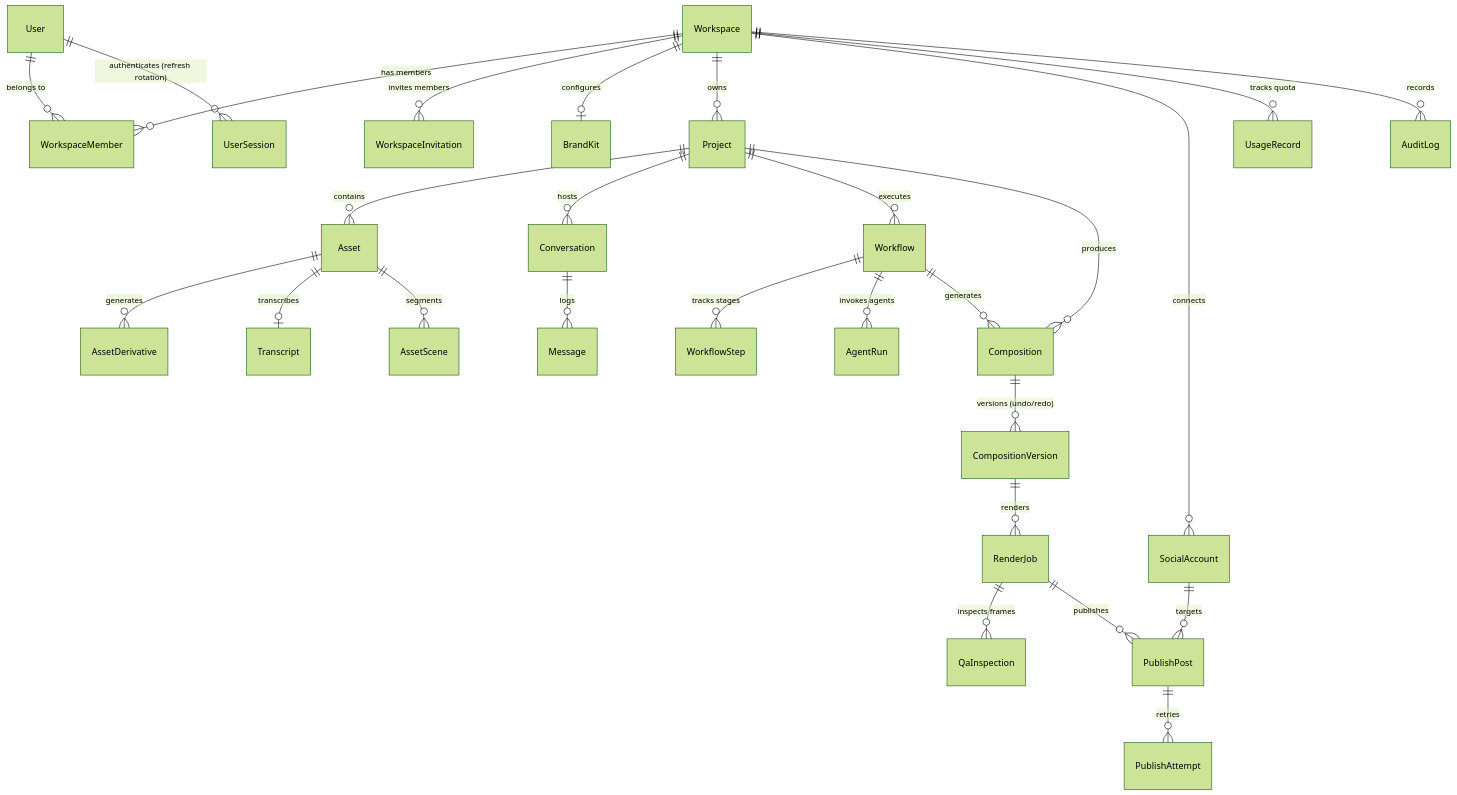
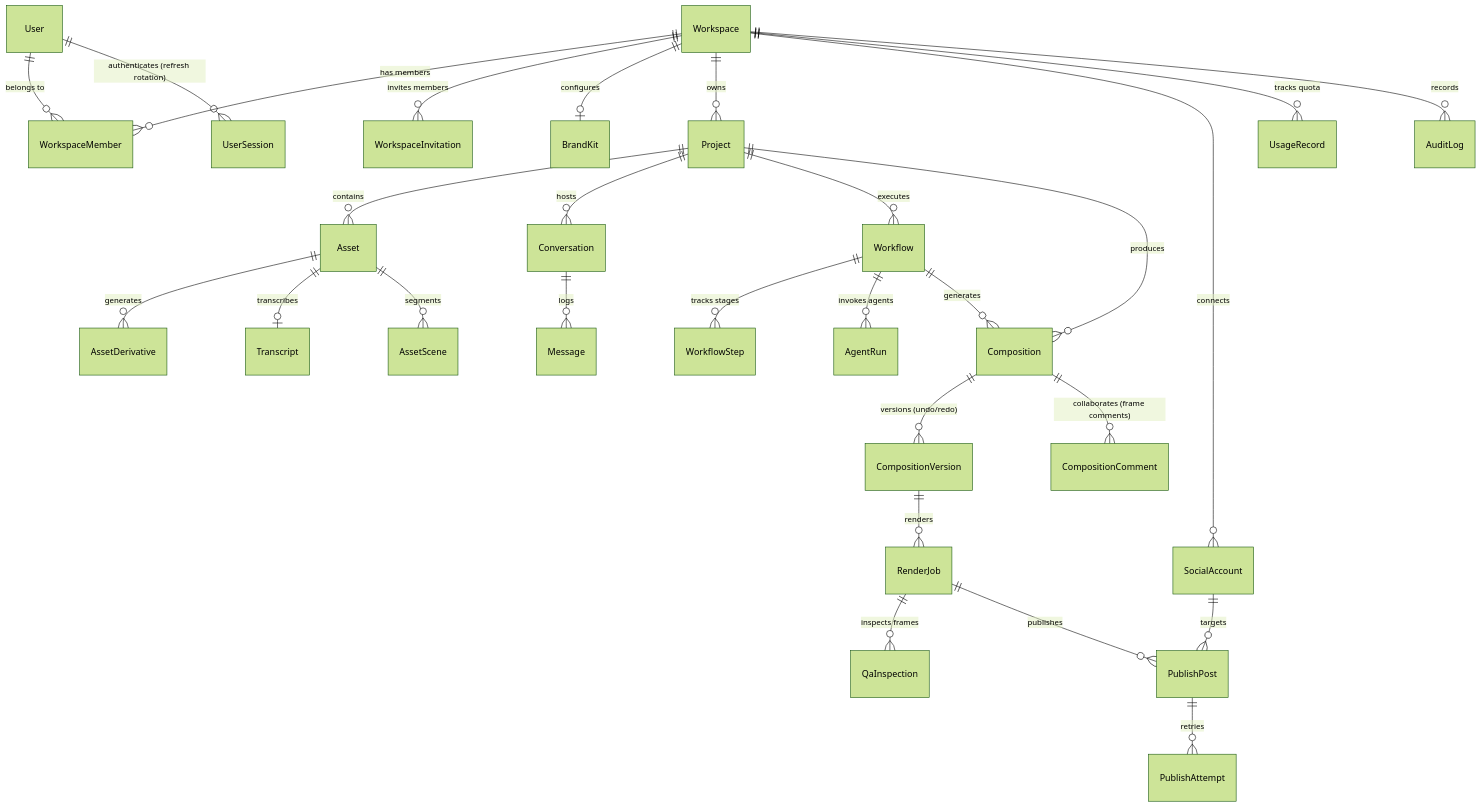
One commit to Nirbheekk/AI-Content-Studio changed the diagram in docs/DATABASE_SCHEMA.md. Above: the diagram before and after it, drawn with Mermaid (forest theme). The commit also changed 20 other files, not shown here.

````diff
--- a/docs/DATABASE_SCHEMA.md
+++ b/docs/DATABASE_SCHEMA.md
@@ -5,34 +5,35 @@
 ```mermaid
 erDiagram
     User ||--o{ WorkspaceMember : "belongs to"
     User ||--o{ UserSession : "authenticates (refresh rotation)"
     Workspace ||--o{ WorkspaceMember : "has members"
     Workspace ||--o{ WorkspaceInvitation : "invites members"
     Workspace ||--o| BrandKit : "configures"
     Workspace ||--o{ Project : "owns"
     Workspace ||--o{ SocialAccount : "connects"
     Workspace ||--o{ UsageRecord : "tracks quota"
     Workspace ||--o{ AuditLog : "records"
 
     Project ||--o{ Asset : "contains"
     Project ||--o{ Conversation : "hosts"
     Project ||--o{ Workflow : "executes"
     Project ||--o{ Composition : "produces"
 
     Asset ||--o{ AssetDerivative : "generates"
     Asset ||--o| Transcript : "transcribes"
     Asset ||--o{ AssetScene : "segments"
 
     Conversation ||--o{ Message : "logs"
     Workflow ||--o{ WorkflowStep : "tracks stages"
     Workflow ||--o{ AgentRun : "invokes agents"
     Workflow ||--o{ Composition : "generates"
 
     Composition ||--o{ CompositionVersion : "versions (undo/redo)"
+    Composition ||--o{ CompositionComment : "collaborates (frame comments)"
     CompositionVersion ||--o{ RenderJob : "renders"
     RenderJob ||--o{ QaInspection : "inspects frames"
     RenderJob ||--o{ PublishPost : "publishes"
 
     SocialAccount ||--o{ PublishPost : "targets"
     PublishPost ||--o{ PublishAttempt : "retries"
 ```
````
